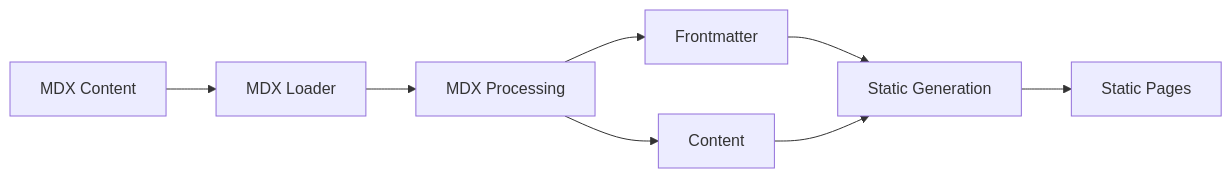
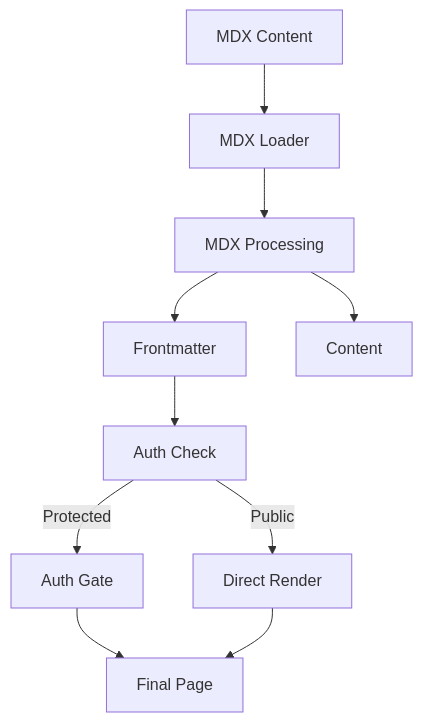
Before and after one commit to ddri/openqase: the diagram in docs/content-management.md, drawn with Mermaid. The commit also changed other lines of this file and 9 other files, not shown here.

````diff
--- a/docs/content-management.md
+++ b/docs/content-management.md
@@ -104,10 +129,12 @@
 ```mermaid
-graph LR
+graph TD
     A[MDX Content] --> B[MDX Loader]
     B --> C[MDX Processing]
     C --> D[Frontmatter]
     C --> E[Content]
-    D --> F[Static Generation]
-    E --> F
-    F --> G[Static Pages]
+    D --> F[Auth Check]
+    F -->|Protected| G[Auth Gate]
+    F -->|Public| H[Direct Render]
+    G --> I[Final Page]
+    H --> I
 ```
````
